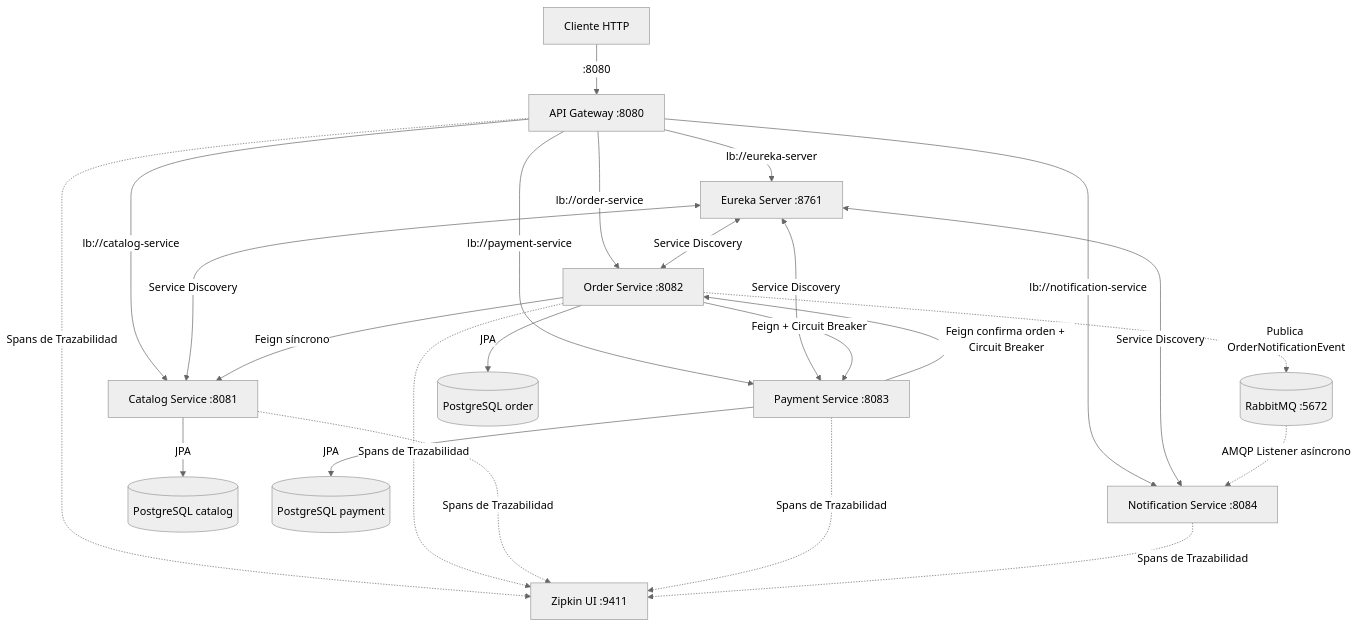
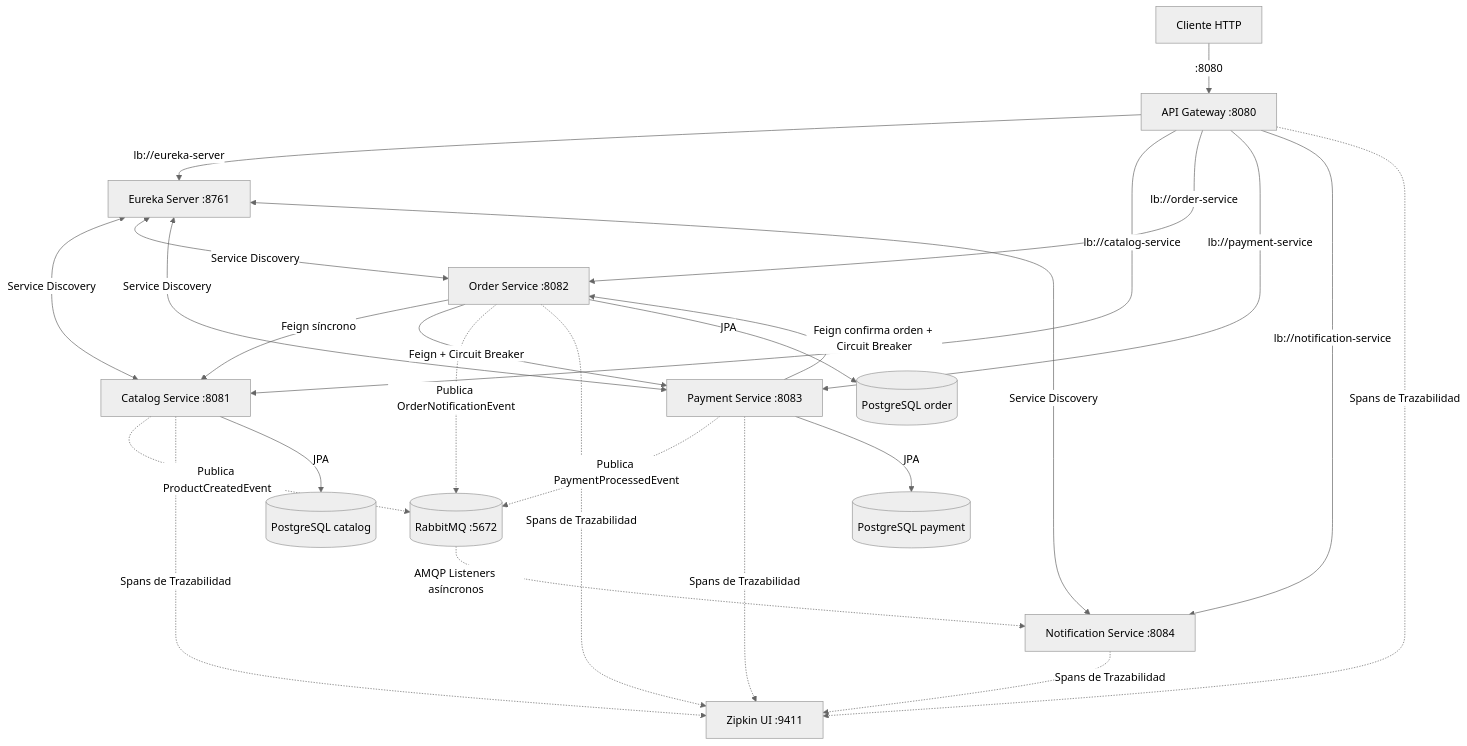
The diagram in README.md (Cheyernex/order-flow-microservices), drawn with Mermaid (neutral theme) before and after one commit. The commit also changed other lines of this file and 19 other files, not shown here.

Commit message:
feat: add catalog, payment, and notification microservices with RabbitMQ integration

````diff
--- a/README.md
+++ b/README.md
@@ -19,32 +22,34 @@
 ```mermaid
 flowchart TD
     Client[Cliente HTTP] -->|:8080| Gateway[API Gateway :8080]
 
     Gateway -->|lb://eureka-server| Eureka[Eureka Server :8761]
     Gateway -->|lb://catalog-service| Catalog[Catalog Service :8081]
     Gateway -->|lb://order-service| Order[Order Service :8082]
     Gateway -->|lb://payment-service| Payment[Payment Service :8083]
     Gateway -->|lb://notification-service| Notif[Notification Service :8084]
 
     Eureka <-->|Service Discovery| Catalog
     Eureka <-->|Service Discovery| Order
     Eureka <-->|Service Discovery| Payment
     Eureka <-->|Service Discovery| Notif
 
     Order -->|Feign síncrono| Catalog
     Order -->|Feign + Circuit Breaker| Payment
     Payment -->|Feign confirma orden + Circuit Breaker| Order
 
-    Order -.->|Publica OrderNotificationEvent| RabbitMQ[(RabbitMQ :5672)]
-    RabbitMQ -.->|AMQP Listener asíncrono| Notif
+    Catalog -.->|Publica ProductCreatedEvent| RabbitMQ[(RabbitMQ :5672)]
+    Order -.->|Publica OrderNotificationEvent| RabbitMQ
+    Payment -.->|Publica PaymentProcessedEvent| RabbitMQ
+    RabbitMQ -.->|AMQP Listeners asíncronos| Notif
 
     Gateway -.->|Spans de Trazabilidad| Zipkin[Zipkin UI :9411]
     Order -.->|Spans de Trazabilidad| Zipkin
     Catalog -.->|Spans de Trazabilidad| Zipkin
     Payment -.->|Spans de Trazabilidad| Zipkin
     Notif -.->|Spans de Trazabilidad| Zipkin
 
     Catalog -->|JPA| PGC[(PostgreSQL catalog)]
     Order -->|JPA| PGO[(PostgreSQL order)]
     Payment -->|JPA| PGP[(PostgreSQL payment)]
 ```
````
